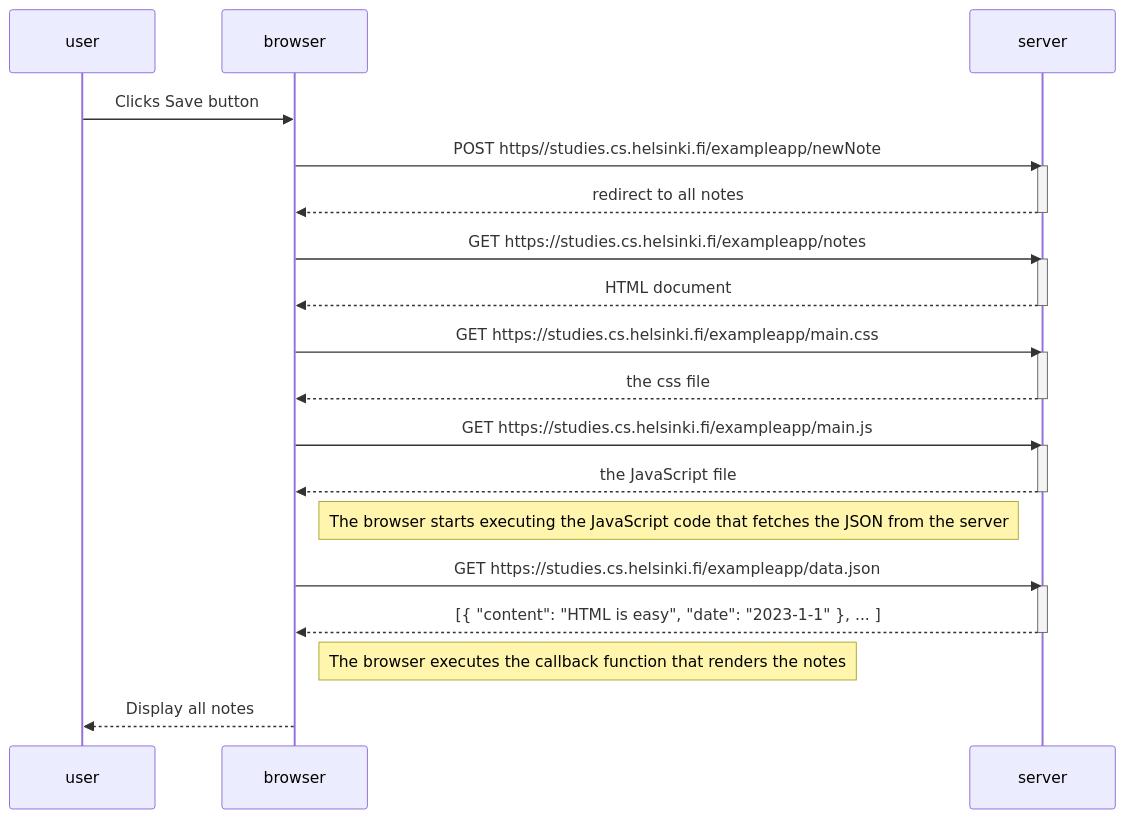
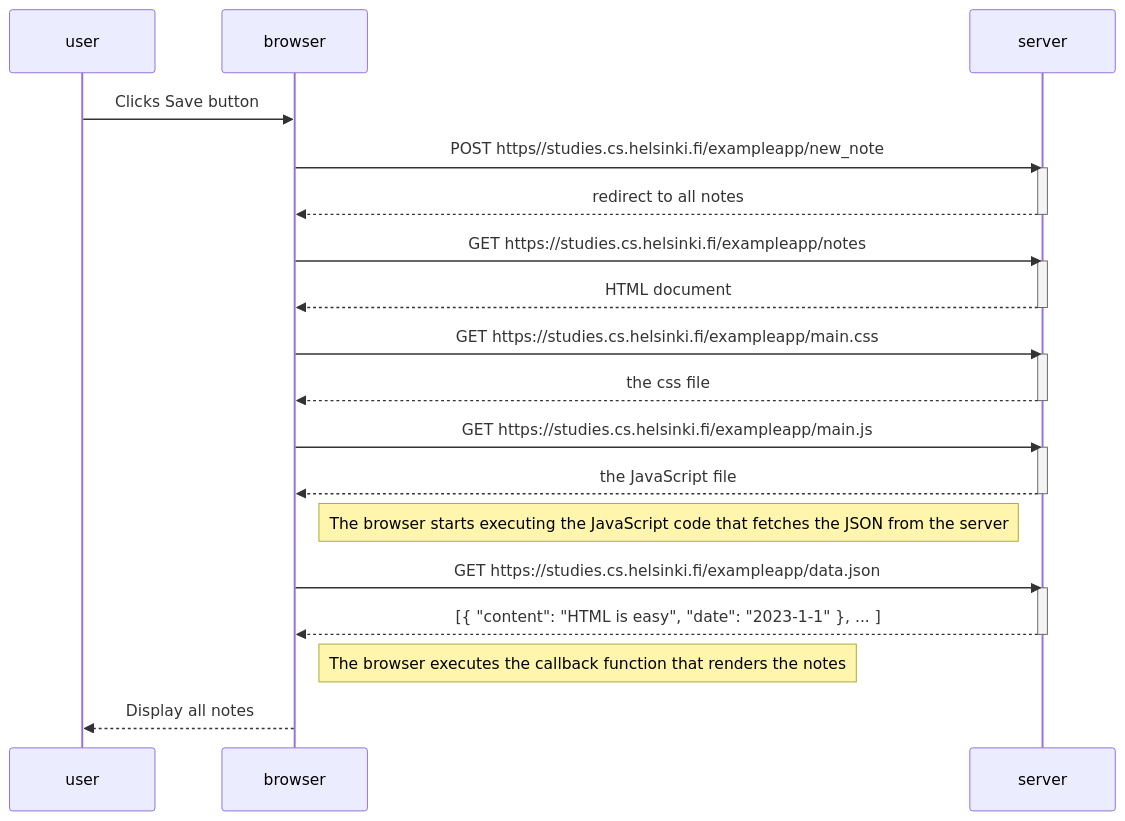
One commit to jnnoah/CSI4103-Lab2 changed the diagram in part0/NewNotedDiagram.md. Above: the diagram before and after it, drawn with Mermaid. The commit also changed 2 other files, not shown here.

````diff
--- a/part0/NewNotedDiagram.md
+++ b/part0/NewNotedDiagram.md
@@ -1,39 +1,39 @@
 ```mermaid
 sequenceDiagram
     participant user
     participant browser
     participant server
 
     user->>browser: Clicks Save button
 
-    browser->>server: POST https//studies.cs.helsinki.fi/exampleapp/newNote
+    browser->>server: POST https//studies.cs.helsinki.fi/exampleapp/new_note
     activate server
     server-->>browser: redirect to all notes
     deactivate server
     
     browser->>server: GET https://studies.cs.helsinki.fi/exampleapp/notes
     activate server
     server-->>browser: HTML document
     deactivate server
     
     browser->>server: GET https://studies.cs.helsinki.fi/exampleapp/main.css
     activate server
     server-->>browser: the css file
     deactivate server
     
     browser->>server: GET https://studies.cs.helsinki.fi/exampleapp/main.js
     activate server
     server-->>browser: the JavaScript file
     deactivate server
     
     Note right of browser: The browser starts executing the JavaScript code that fetches the JSON from the server
     
     browser->>server: GET https://studies.cs.helsinki.fi/exampleapp/data.json
     activate server
     server-->>browser: [{ "content": "HTML is easy", "date": "2023-1-1" }, ... ]
     deactivate server    
 
     Note right of browser: The browser executes the callback function that renders the notes 
 
     browser-->>user: Display all notes
 ```
````
